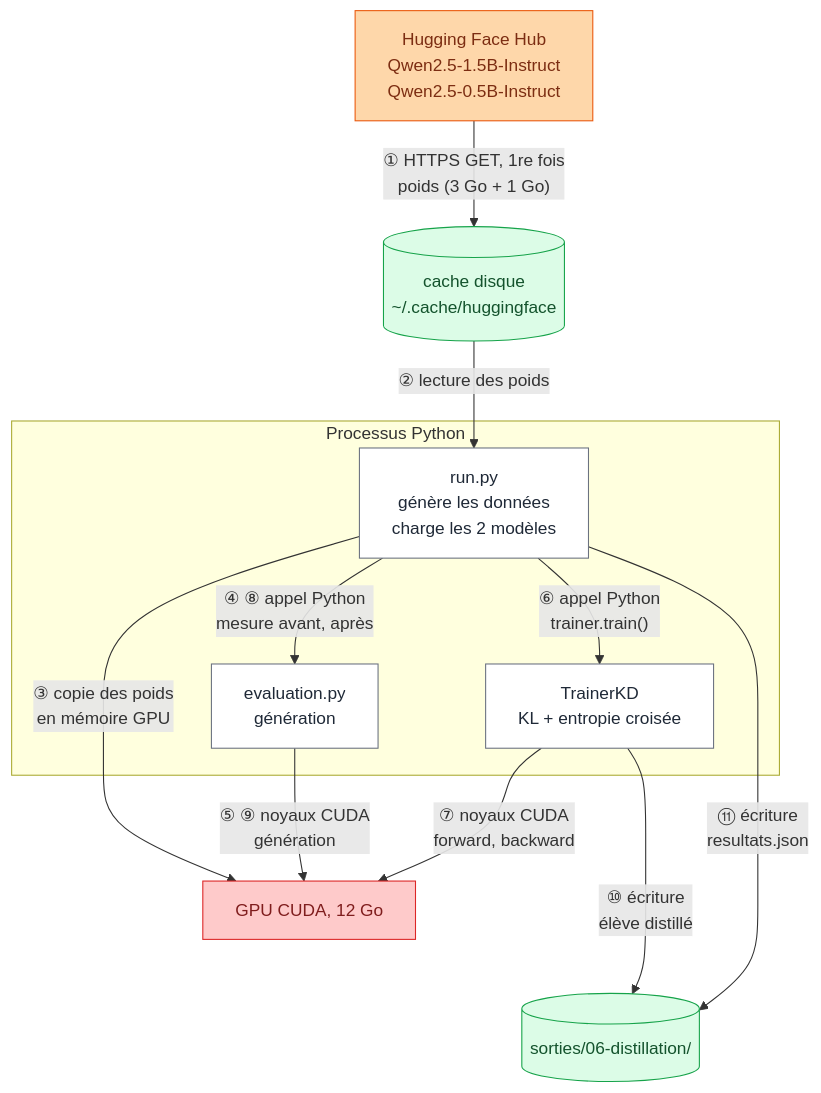
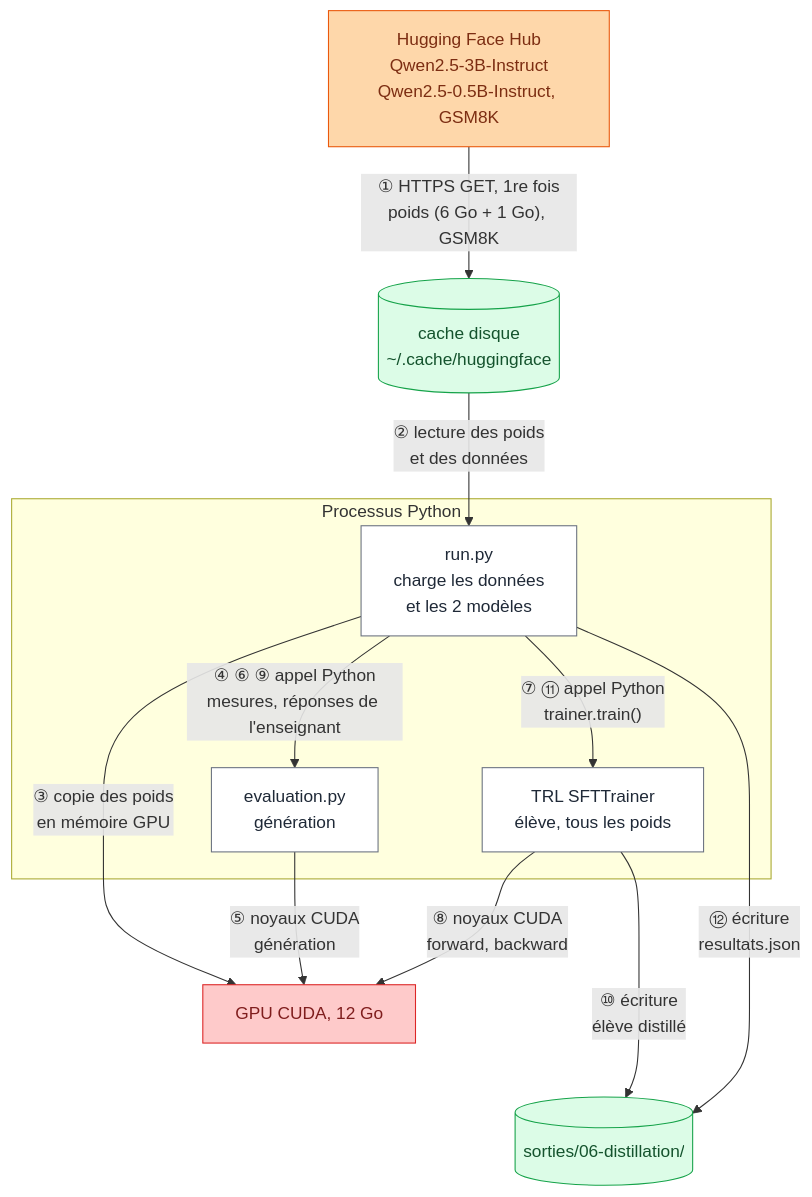
One commit to xavinsky/amelioria changed the diagram in 06-distillation/README.md. Above: the diagram before and after it, drawn with Mermaid. The commit also changed other lines of this file and 7 other files, not shown here.

````diff
--- a/06-distillation/README.md
+++ b/06-distillation/README.md
@@ -52,33 +52,33 @@
 ```mermaid
 flowchart TD
   classDef externe fill:#fed7aa,stroke:#ea580c,color:#7c2d12
   classDef code fill:#ffffff,stroke:#6b7280,color:#1f2937
   classDef gpu fill:#fecaca,stroke:#dc2626,color:#7f1d1d
   classDef disque fill:#dcfce7,stroke:#16a34a,color:#14532d
 
-  Hub["Hugging Face Hub<br/>Qwen2.5-1.5B-Instruct<br/>Qwen2.5-0.5B-Instruct"]
+  Hub["Hugging Face Hub<br/>Qwen2.5-3B-Instruct<br/>Qwen2.5-0.5B-Instruct, GSM8K"]
   Cache[("cache disque<br/>~/.cache/huggingface")]
   subgraph Py["Processus Python"]
-    Run["run.py<br/>génère les données<br/>charge les 2 modèles"]
+    Run["run.py<br/>charge les données<br/>et les 2 modèles"]
     Ev["evaluation.py<br/>génération"]
-    KD["TrainerKD<br/>KL + entropie croisée"]
+    TRL["TRL SFTTrainer<br/>élève, tous les poids"]
   end
   GPU["GPU CUDA, 12 Go"]
   Out[("sorties/06-distillation/")]
 
-  Hub -- "① HTTPS GET, 1re fois<br/>poids (3 Go + 1 Go)" --> Cache
-  Cache -- "② lecture des poids" --> Run
+  Hub -- "① HTTPS GET, 1re fois<br/>poids (6 Go + 1 Go), GSM8K" --> Cache
+  Cache -- "② lecture des poids<br/>et des données" --> Run
   Run -- "③ copie des poids<br/>en mémoire GPU" --> GPU
-  Run -- "④ ⑧ appel Python<br/>mesure avant, après" --> Ev
-  Ev -- "⑤ ⑨ noyaux CUDA<br/>génération" --> GPU
-  Run -- "⑥ appel Python<br/>trainer.train()" --> KD
-  KD -- "⑦ noyaux CUDA<br/>forward, backward" --> GPU
-  KD -- "⑩ écriture<br/>élève distillé" --> Out
-  Run -- "⑪ écriture<br/>resultats.json" --> Out
+  Run -- "④ ⑥ ⑨ appel Python<br/>mesures, réponses de l'enseignant" --> Ev
+  Ev -- "⑤ noyaux CUDA<br/>génération" --> GPU
+  Run -- "⑦ ⑪ appel Python<br/>trainer.train()" --> TRL
+  TRL -- "⑧ noyaux CUDA<br/>forward, backward" --> GPU
+  TRL -- "⑩ écriture<br/>élève distillé" --> Out
+  Run -- "⑫ écriture<br/>resultats.json" --> Out
 
   GPU ~~~ Out
   class Hub externe
-  class Run,Ev,KD code
+  class Run,Ev,TRL code
   class GPU gpu
   class Cache,Out disque
 ```
````
